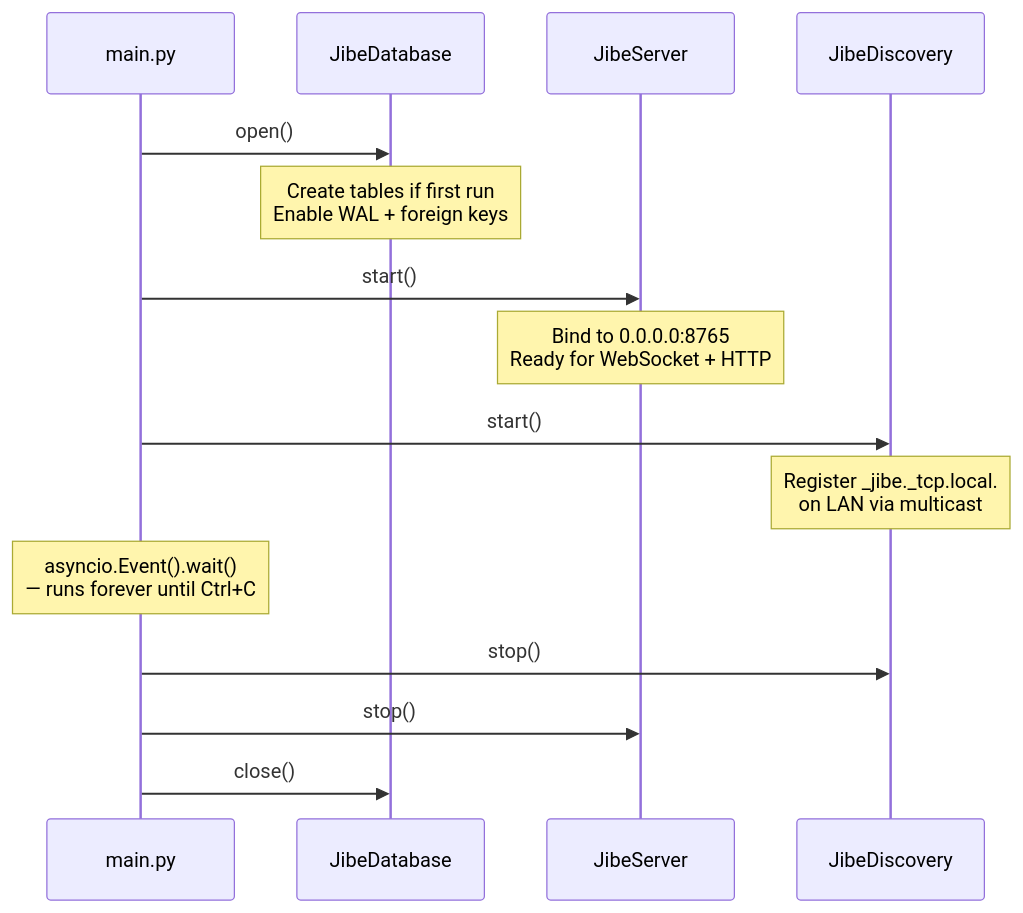
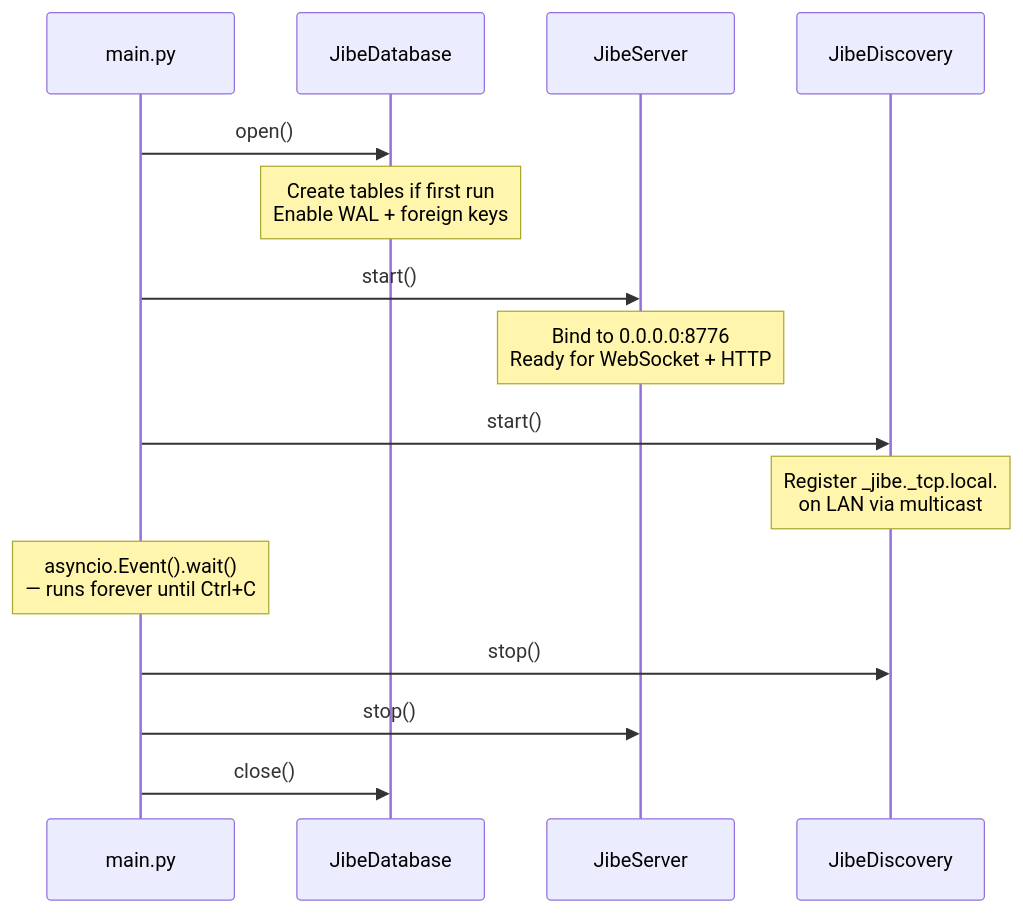
One commit to gobbledyglomp/jibe changed the second of 2 diagrams in docs/architecture.md. Above: the diagram before and after it, drawn with Mermaid. The commit also changed 10 other files, not shown here.

````diff
--- a/docs/architecture.md
+++ b/docs/architecture.md
@@ -65,22 +65,22 @@
 ```mermaid
 sequenceDiagram
     participant main.py
     participant DB as JibeDatabase
     participant Server as JibeServer
     participant Disc as JibeDiscovery
 
     main.py->>DB: open()
     Note over DB: Create tables if first run<br/>Enable WAL + foreign keys
 
     main.py->>Server: start()
-    Note over Server: Bind to 0.0.0.0:8765<br/>Ready for WebSocket + HTTP
+    Note over Server: Bind to 0.0.0.0:8776<br/>Ready for WebSocket + HTTP
 
     main.py->>Disc: start()
     Note over Disc: Register _jibe._tcp.local.<br/>on LAN via multicast
 
     Note over main.py: asyncio.Event().wait()<br/>— runs forever until Ctrl+C
 
     main.py->>Disc: stop()
     main.py->>Server: stop()
     main.py->>DB: close()
 ```
````
